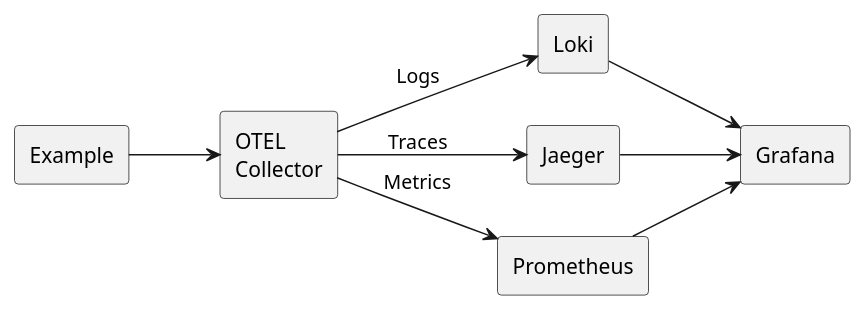
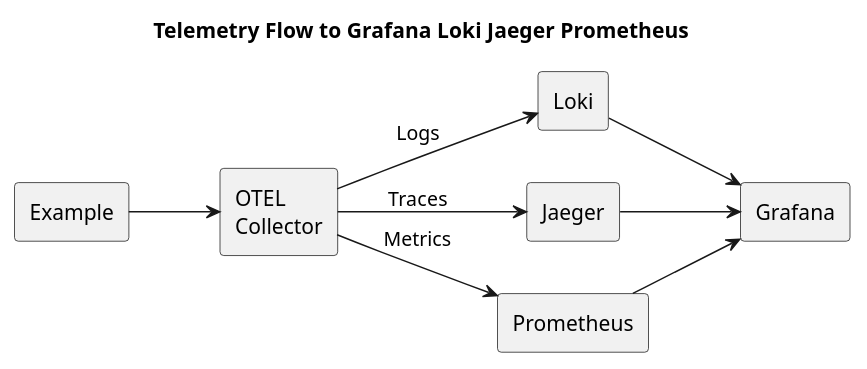
Before and after one commit to yolkhovyy/go-otelw: the diagram in docs/diagrams/grafana-loki-jaeger.puml, drawn with PlantUML. The commit also changed 11 other files, not shown here.

Commit message:
Update diagrams

```diff
--- a/docs/diagrams/grafana-loki-jaeger.puml
+++ b/docs/diagrams/grafana-loki-jaeger.puml
@@ -1,19 +1,20 @@
 @startuml grafana-loki-jaeger
+title Telemetry Flow to Grafana Loki Jaeger Prometheus
 left to right direction
 
 agent Example as EX
 agent "OTEL\nCollector" as OC
 agent Loki
 agent Jaeger
 agent Prometheus
 agent Grafana
 
 EX --> OC
 OC --> Loki: "Logs"
 OC --> Jaeger: "Traces"
 OC --> Prometheus: "Metrics"
 Loki --> Grafana
 Jaeger --> Grafana
 Prometheus --> Grafana
 
 @enduml
```
